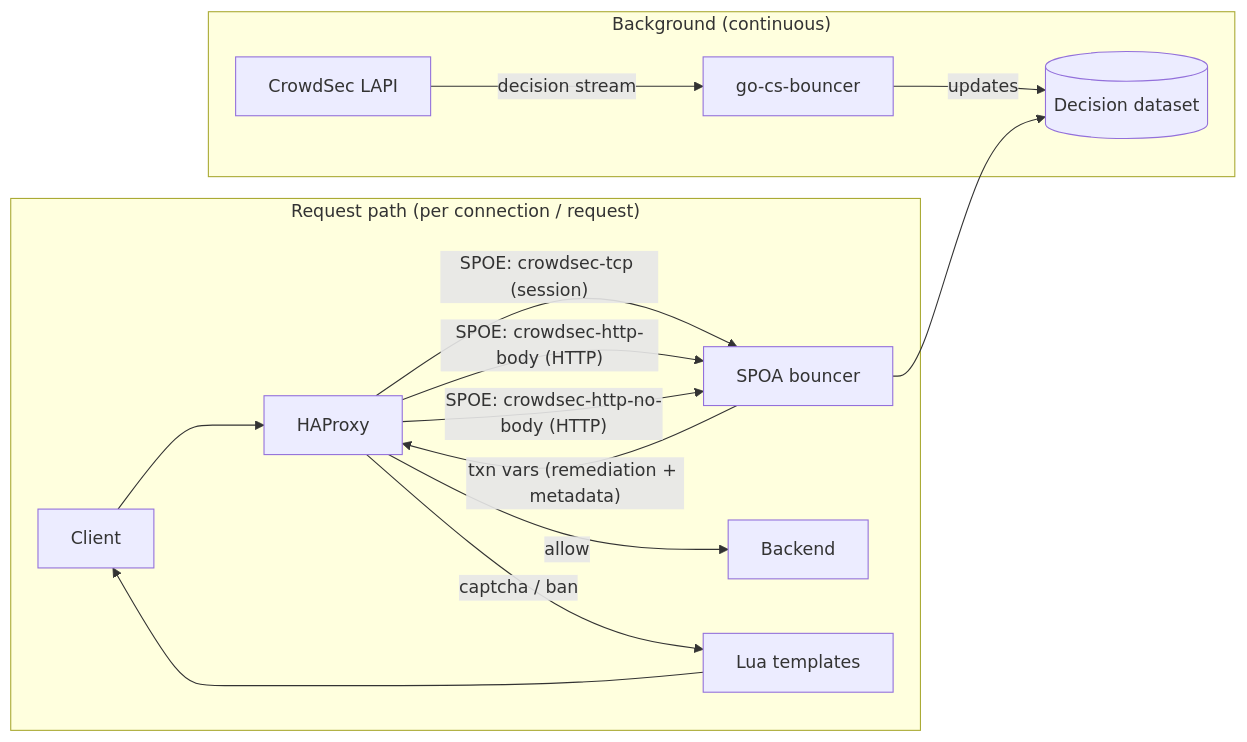
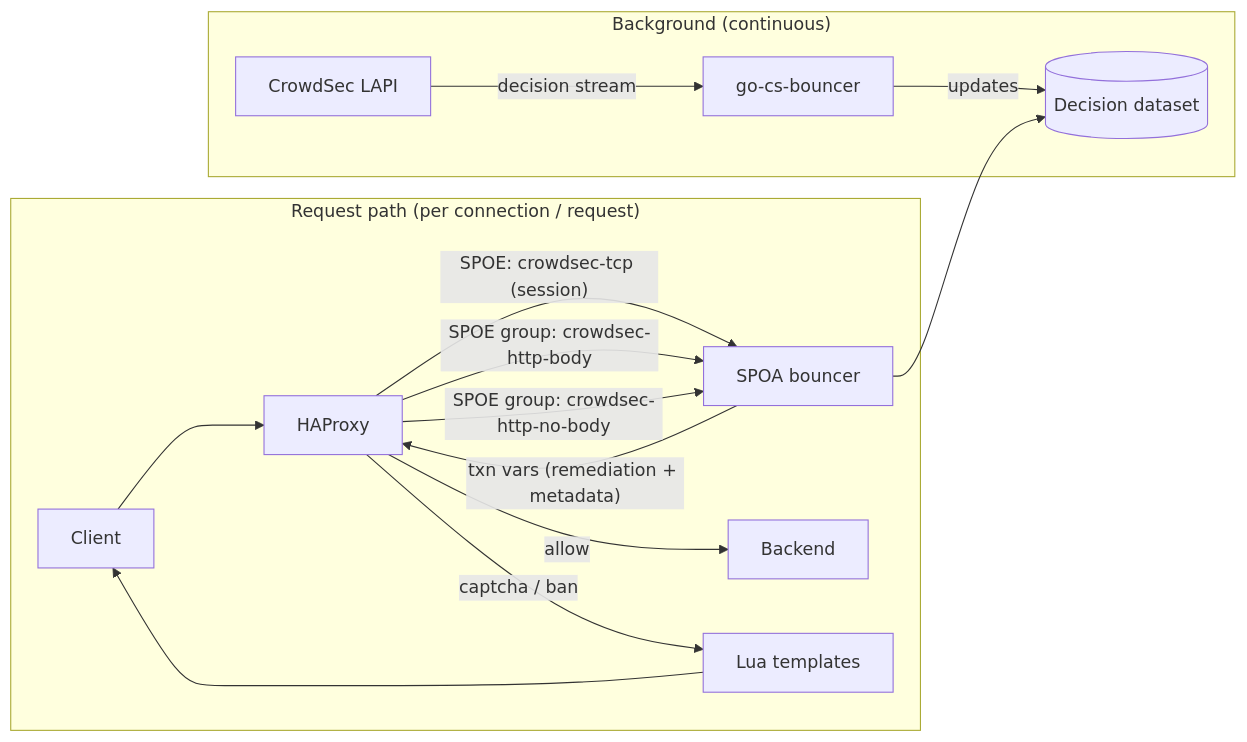
The first of 7 diagrams in README.md (crowdsecurity/cs-haproxy-spoa-bouncer), drawn with Mermaid before and after one commit. The commit also changed other lines of this file, not shown here.

Commit message:
docs: clarify SPOE groups in flow

````diff
--- a/README.md
+++ b/README.md
@@ -42,19 +43,19 @@
 ```mermaid
 flowchart LR
   subgraph Background["Background (continuous)"]
     CrowdSec["CrowdSec LAPI"] -->|"decision stream"| Bouncer["go-cs-bouncer"]
     Bouncer -->|"updates"| Dataset[("Decision dataset")]
   end
 
   subgraph DataPath["Request path (per connection / request)"]
     Client["Client"] --> HAProxy["HAProxy"]
     HAProxy -->|"SPOE: crowdsec-tcp (session)"| SPOA["SPOA bouncer"]
-    HAProxy -->|"SPOE: crowdsec-http-body (HTTP)"| SPOA
-    HAProxy -->|"SPOE: crowdsec-http-no-body (HTTP)"| SPOA
+    HAProxy -->|"SPOE group: crowdsec-http-body"| SPOA
+    HAProxy -->|"SPOE group: crowdsec-http-no-body"| SPOA
     SPOA --> Dataset
     SPOA -->|"txn vars (remediation + metadata)"| HAProxy
     HAProxy -->|"allow"| Backend["Backend"]
     HAProxy -->|"captcha / ban"| Lua["Lua templates"]
     Lua --> Client
   end
 ```
````
